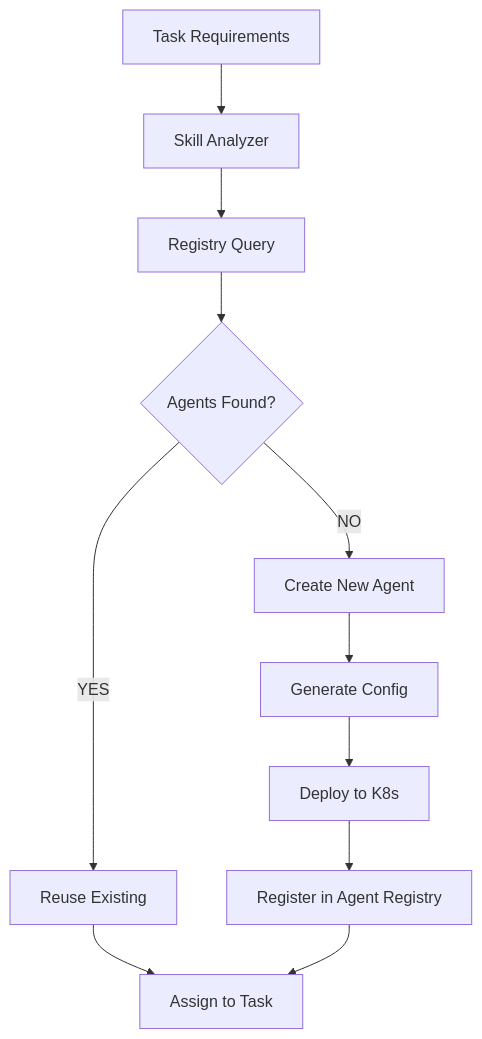
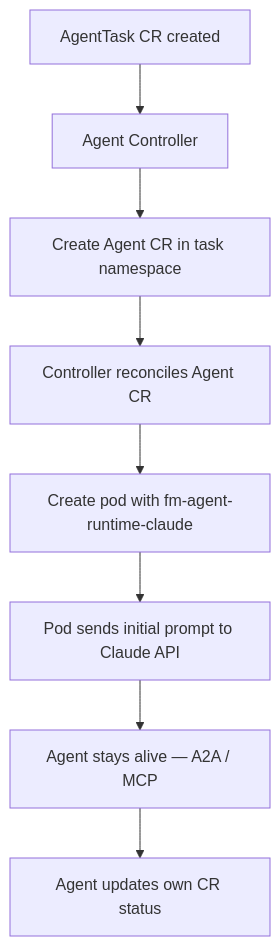
The first of 2 diagrams in docs/arch/04a-agent-creation.md (dshcherbatiuk/forgemaster), drawn with Mermaid before and after one commit. The commit also changed other lines of this file and 54 other files, not shown here.

First line of the commit message:
feat: Rename fm-agent-runtime to fm-agent-runtime-claude, add eventsource-stream, long-lived runtime

````diff
--- a/docs/arch/04a-agent-creation.md
+++ b/docs/arch/04a-agent-creation.md
@@ -9,16 +9,10 @@
 ```mermaid
 flowchart TB
-    TaskReq[Task Requirements] --> SkillAnalyzer[Skill Analyzer]
-    SkillAnalyzer --> RegistryQuery[Registry Query]
-    RegistryQuery --> Decision{Agents Found?}
-
-    Decision -->|YES| Reuse[Reuse Existing]
-    Decision -->|NO| Create[Create New Agent]
-
-    Create --> GenConfig[Generate Config]
-    GenConfig --> Deploy[Deploy to K8s]
-    Deploy --> Register[Register in Agent Registry]
-
-    Reuse --> Assign[Assign to Task]
-    Register --> Assign
+    AgentTask[AgentTask CR created] --> Controller[Agent Controller]
+    Controller --> CreateCR[Create Agent CR in task namespace]
+    CreateCR --> Reconcile[Controller reconciles Agent CR]
+    Reconcile --> CreatePod[Create pod with fm-agent-runtime-claude]
+    CreatePod --> InitPrompt[Pod sends initial prompt to Claude API]
+    InitPrompt --> Alive[Agent stays alive — A2A / MCP]
+    Alive --> UpdateCR[Agent updates own CR status]
 ```
````
